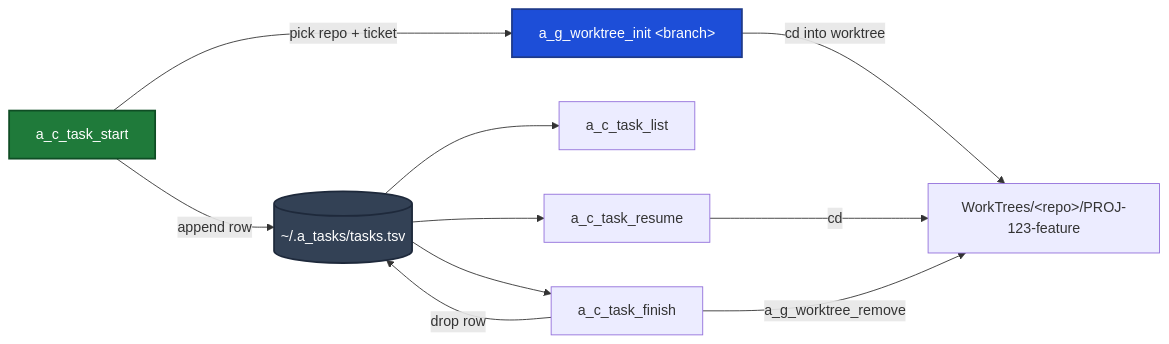
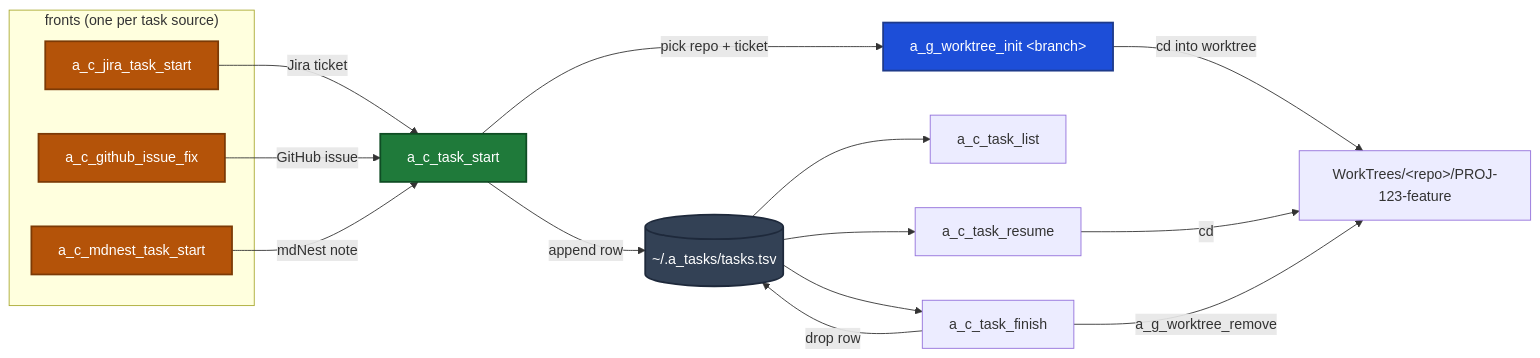
The diagram in docs/task.md (mahsanamin/agentic-devkit), drawn with Mermaid before and after one commit. The commit also changed other lines of this file and 5 other files, not shown here.

First line of the commit message:
Add a_c_github_issue_fix, and wire up the Jira creds the task suite reads

````diff
--- a/docs/task.md
+++ b/docs/task.md
@@ -7,15 +7,26 @@
 ```mermaid
 flowchart LR
+    subgraph fronts["fronts (one per task source)"]
+        J["a_c_jira_task_start"]
+        G["a_c_github_issue_fix"]
+        M["a_c_mdnest_task_start"]
+    end
+    J -->|"Jira ticket"| START
+    G -->|"GitHub issue"| START
+    M -->|"mdNest note"| START
     START["a_c_task_start"] -->|pick repo + ticket| INIT["a_g_worktree_init &lt;branch&gt;"]
     INIT -->|cd into worktree| WT["WorkTrees/&lt;repo&gt;/PROJ-123-feature"]
     START -->|append row| REG[("~/.a_tasks/tasks.tsv")]
     REG --> LIST["a_c_task_list"]
     REG --> RES["a_c_task_resume"]
     REG --> FIN["a_c_task_finish"]
     RES -->|cd| WT
     FIN -->|a_g_worktree_remove| WT
     FIN -->|drop row| REG
     style START fill:#1f7a3a,stroke:#0f4d24,color:#ffffff,stroke-width:2px
     style INIT fill:#1d4ed8,stroke:#1e3a8a,color:#ffffff,stroke-width:2px
     style REG fill:#334155,stroke:#1e293b,color:#ffffff,stroke-width:2px
+    style J fill:#b45309,stroke:#7c3a06,color:#ffffff,stroke-width:2px
+    style G fill:#b45309,stroke:#7c3a06,color:#ffffff,stroke-width:2px
+    style M fill:#b45309,stroke:#7c3a06,color:#ffffff,stroke-width:2px
 ```
````
